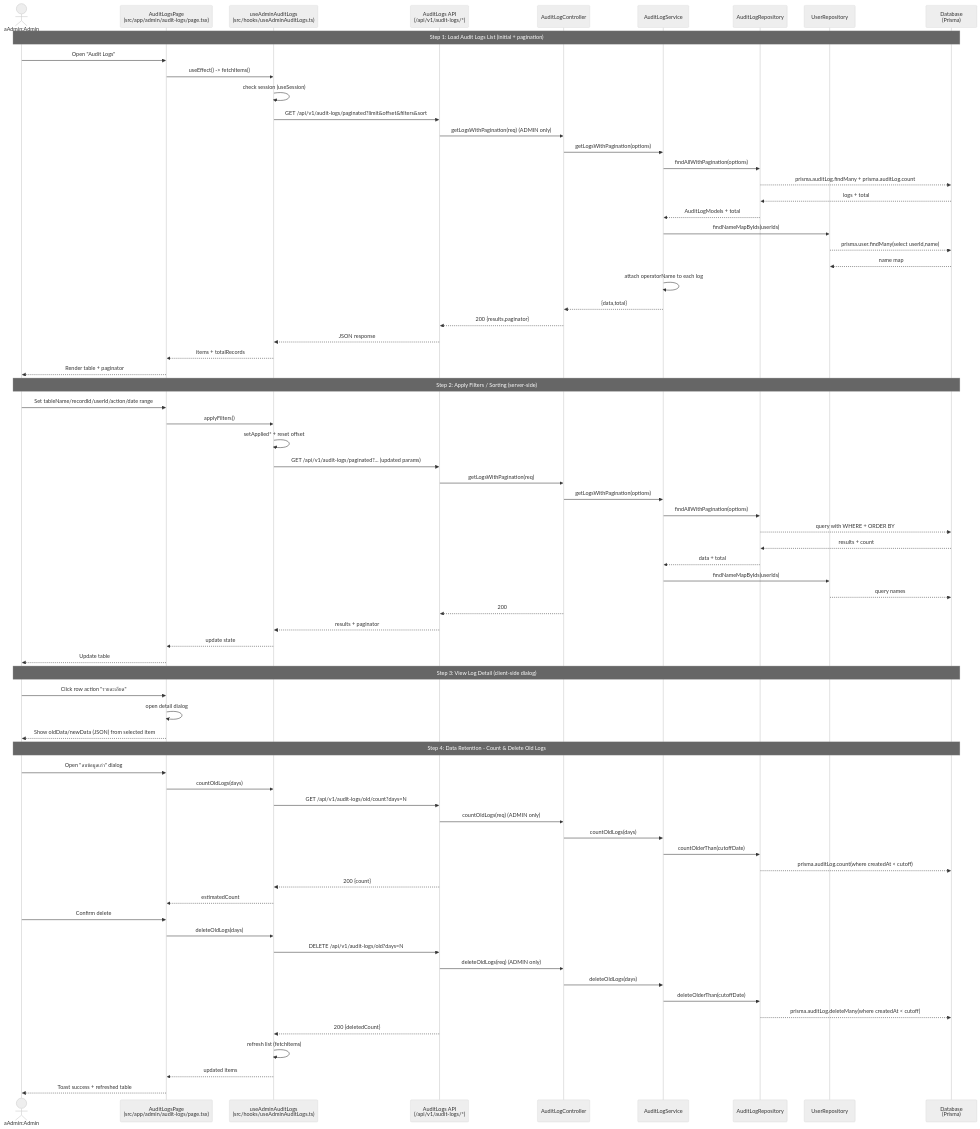
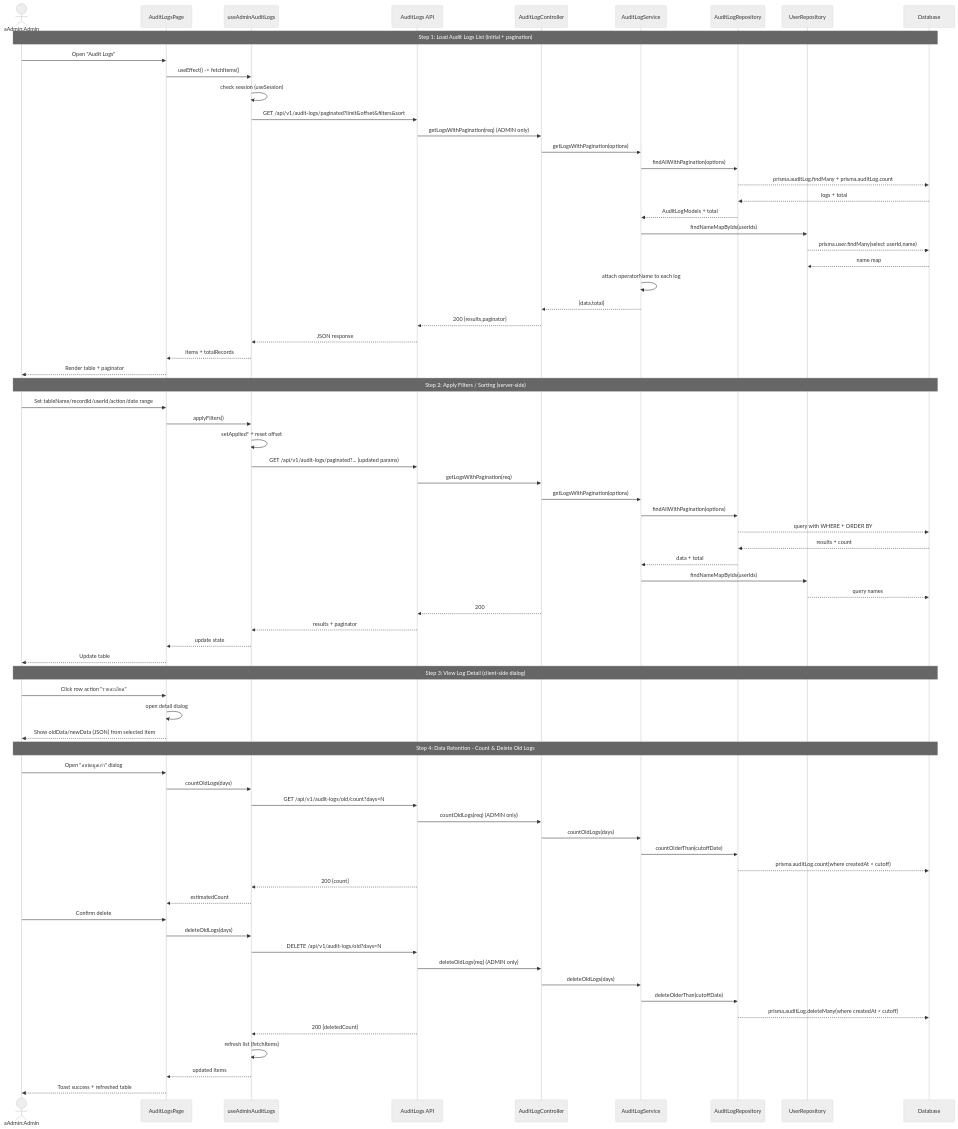
One commit to Asteriskzkx/gap-is-wa changed the diagram in UML/sequenceDiagram/adminAuditLogs/adminAuditLogs.md. Above: the diagram before and after it, drawn with Mermaid (neutral theme). The commit also changed 5 other files, not shown here.

Commit message:
fix: modify sequenceDiagram for adminUserManagement and adminAuditLogs pages

````diff
--- a/UML/sequenceDiagram/adminAuditLogs/adminAuditLogs.md
+++ b/UML/sequenceDiagram/adminAuditLogs/adminAuditLogs.md
@@ -3,78 +3,78 @@
 ```mermaid
 sequenceDiagram
     actor Admin as aAdmin:Admin
-    participant Page as AuditLogsPage<br/>(src/app/admin/audit-logs/page.tsx)
-    participant Hook as useAdminAuditLogs<br/>(src/hooks/useAdminAuditLogs.ts)
-    participant LogsAPI as AuditLogs API<br/>(/api/v1/audit-logs/*)
+    participant Page as AuditLogsPage
+    participant Hook as useAdminAuditLogs
+    participant LogsAPI as AuditLogs API
     participant Ctrl as AuditLogController
     participant Svc as AuditLogService
     participant Repo as AuditLogRepository
     participant UserRepo as UserRepository
-    participant DB as Database<br/>(Prisma)
+    participant DB as Database
 
     Note over Admin,DB: Step 1: Load Audit Logs List (initial + pagination)
     Admin->>Page: Open "Audit Logs"
     Page->>Hook: useEffect() -> fetchItems()
     Hook->>Hook: check session (useSession)
     Hook->>LogsAPI: GET /api/v1/audit-logs/paginated?limit&offset&filters&sort
     LogsAPI->>Ctrl: getLogsWithPagination(req) (ADMIN only)
     Ctrl->>Svc: getLogsWithPagination(options)
     Svc->>Repo: findAllWithPagination(options)
     Repo-->>DB: prisma.auditLog.findMany + prisma.auditLog.count
     DB-->>Repo: logs + total
     Repo-->>Svc: AuditLogModels + total
     Svc->>UserRepo: findNameMapByIds(userIds)
     UserRepo-->>DB: prisma.user.findMany(select userId,name)
     DB-->>UserRepo: name map
     Svc->>Svc: attach operatorName to each log
     Svc-->>Ctrl: {data,total}
     Ctrl-->>LogsAPI: 200 {results,paginator}
     LogsAPI-->>Hook: JSON response
     Hook-->>Page: items + totalRecords
     Page-->>Admin: Render table + paginator
 
     Note over Admin,DB: Step 2: Apply Filters / Sorting (server-side)
     Admin->>Page: Set tableName/recordId/userId/action/date range
     Page->>Hook: applyFilters()
     Hook->>Hook: setApplied* + reset offset
     Hook->>LogsAPI: GET /api/v1/audit-logs/paginated?... (updated params)
     LogsAPI->>Ctrl: getLogsWithPagination(req)
     Ctrl->>Svc: getLogsWithPagination(options)
     Svc->>Repo: findAllWithPagination(options)
     Repo-->>DB: query with WHERE + ORDER BY
     DB-->>Repo: results + count
     Repo-->>Svc: data + total
     Svc->>UserRepo: findNameMapByIds(userIds)
     UserRepo-->>DB: query names
     Ctrl-->>LogsAPI: 200
     LogsAPI-->>Hook: results + paginator
     Hook-->>Page: update state
     Page-->>Admin: Update table
 
     Note over Admin,DB: Step 3: View Log Detail (client-side dialog)
     Admin->>Page: Click row action "รายละเอียด"
     Page->>Page: open detail dialog
     Page-->>Admin: Show oldData/newData (JSON) from selected item
 
     Note over Admin,DB: Step 4: Data Retention - Count & Delete Old Logs
     Admin->>Page: Open "ลบข้อมูลเก่า" dialog
     Page->>Hook: countOldLogs(days)
     Hook->>LogsAPI: GET /api/v1/audit-logs/old/count?days=N
     LogsAPI->>Ctrl: countOldLogs(req) (ADMIN only)
     Ctrl->>Svc: countOldLogs(days)
     Svc->>Repo: countOlderThan(cutoffDate)
     Repo-->>DB: prisma.auditLog.count(where createdAt < cutoff)
     LogsAPI-->>Hook: 200 {count}
     Hook-->>Page: estimatedCount
     Admin->>Page: Confirm delete
     Page->>Hook: deleteOldLogs(days)
     Hook->>LogsAPI: DELETE /api/v1/audit-logs/old?days=N
     LogsAPI->>Ctrl: deleteOldLogs(req) (ADMIN only)
     Ctrl->>Svc: deleteOldLogs(days)
     Svc->>Repo: deleteOlderThan(cutoffDate)
     Repo-->>DB: prisma.auditLog.deleteMany(where createdAt < cutoff)
     LogsAPI-->>Hook: 200 {deletedCount}
     Hook->>Hook: refresh list (fetchItems)
     Hook-->>Page: updated items
     Page-->>Admin: Toast success + refreshed table
 ```
````
